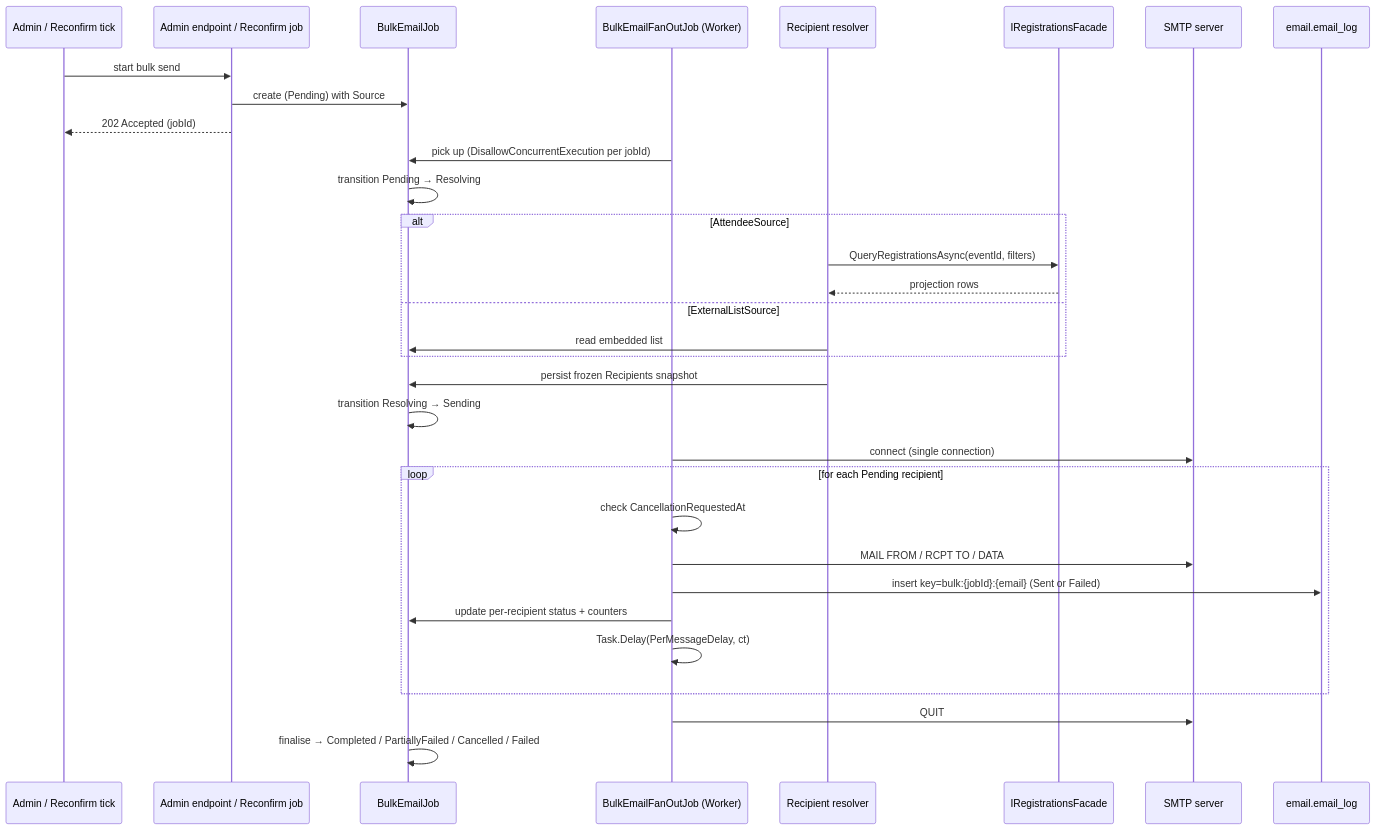
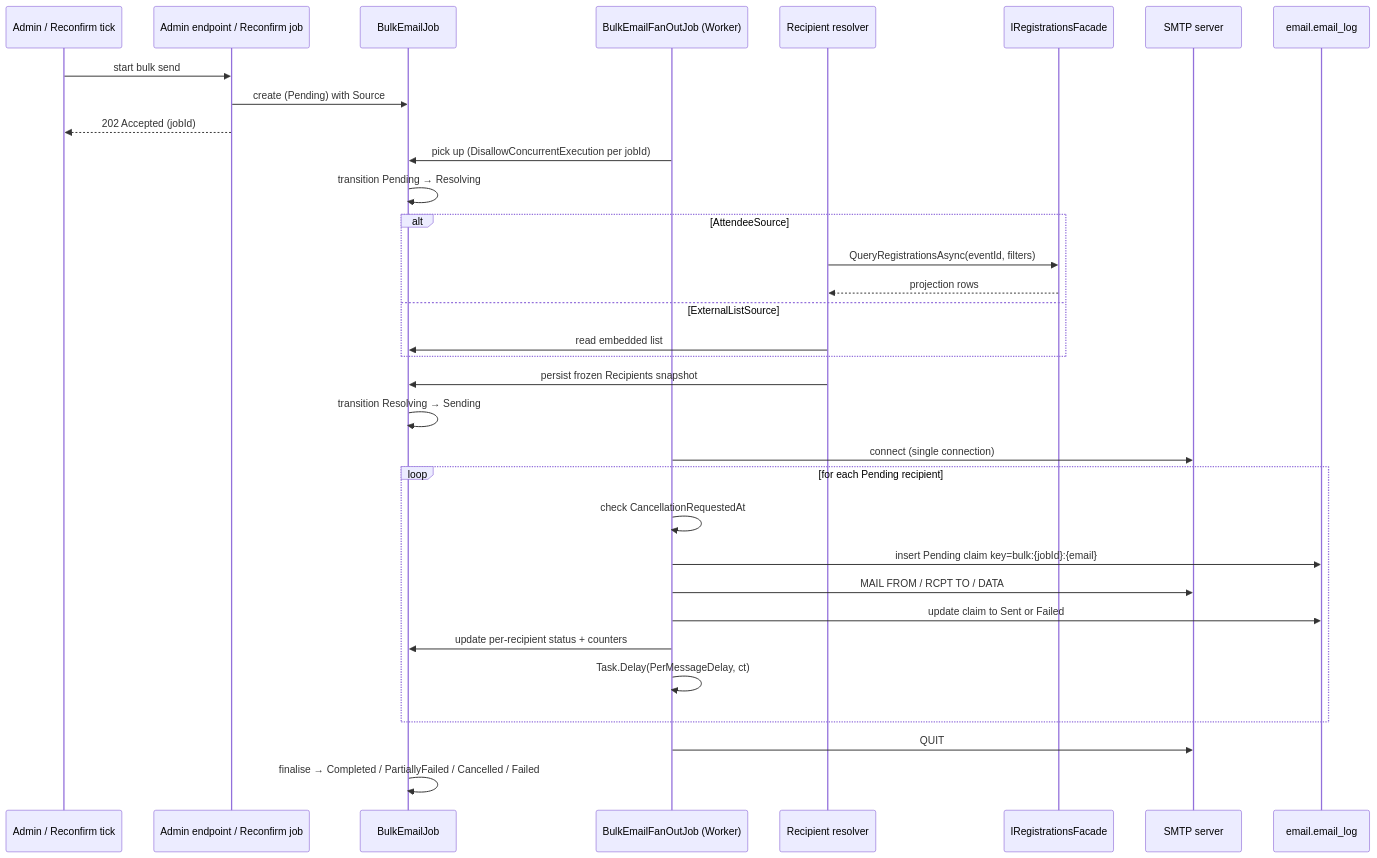
One commit to amolenk/Admitto changed the eighth of 11 diagrams in docs/arc42/06-runtime-view.md. Above: the diagram before and after it, drawn with Mermaid. The commit also changed other lines of this file and 43 other files, not shown here.

````diff
--- a/docs/arc42/06-runtime-view.md
+++ b/docs/arc42/06-runtime-view.md
@@ -231,35 +235,36 @@
 ```mermaid
 sequenceDiagram
     participant Admin as Admin / Reconfirm tick
     participant Endpoint as Admin endpoint / Reconfirm job
     participant Job as BulkEmailJob
     participant FanOut as BulkEmailFanOutJob (Worker)
     participant Resolver as Recipient resolver
     participant Facade as IRegistrationsFacade
     participant SMTP as SMTP server
     participant EmailLog as email.email_log
 
     Admin->>Endpoint: start bulk send
     Endpoint->>Job: create (Pending) with Source
     Endpoint-->>Admin: 202 Accepted (jobId)
     FanOut->>Job: pick up (DisallowConcurrentExecution per jobId)
     Job->>Job: transition Pending → Resolving
     alt AttendeeSource
       Resolver->>Facade: QueryRegistrationsAsync(eventId, filters)
       Facade-->>Resolver: projection rows
     else ExternalListSource
       Resolver->>Job: read embedded list
     end
     Resolver->>Job: persist frozen Recipients snapshot
     Job->>Job: transition Resolving → Sending
     FanOut->>SMTP: connect (single connection)
     loop for each Pending recipient
       FanOut->>FanOut: check CancellationRequestedAt
+      FanOut->>EmailLog: insert Pending claim key=bulk:{jobId}:{email}
       FanOut->>SMTP: MAIL FROM / RCPT TO / DATA
-      FanOut->>EmailLog: insert key=bulk:{jobId}:{email} (Sent or Failed)
+      FanOut->>EmailLog: update claim to Sent or Failed
       FanOut->>Job: update per-recipient status + counters
       FanOut->>FanOut: Task.Delay(PerMessageDelay, ct)
     end
     FanOut->>SMTP: QUIT
     Job->>Job: finalise → Completed / PartiallyFailed / Cancelled / Failed
 ```
````
